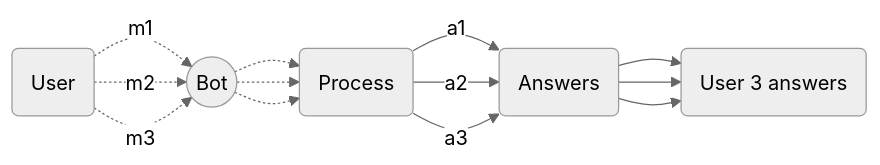
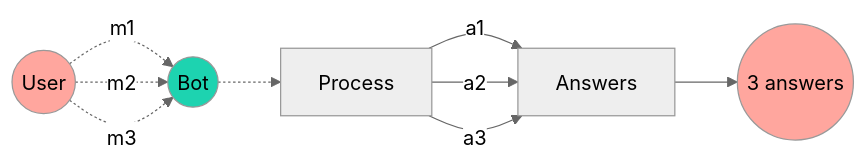
Before and after one commit to codigoencasa/documentation: the first of 2 diagrams in src/pages/es/showcases/fast-entires.mdx, drawn with Mermaid (neutral theme). The commit also changed other lines of this file and 51 other files, not shown here.

````diff
--- a/src/pages/es/showcases/fast-entires.mdx
+++ b/src/pages/es/showcases/fast-entires.mdx
@@ -13,6 +13,14 @@
 ```mermaid
 flowchart LR
-    n(User) -.m1.-> B((Bot)) -.-> p(Process) --a1--> a(Answers) --> u(User 3 answers)
-    n(User) -.m2.-> B((Bot)) -.-> p(Process) --a2--> a(Answers) --> u(User 3 answers)
-    n(User) -.m3.-> B((Bot)) -.-> p(Process) --a3--> a(Answers) --> u(User 3 answers)
+    n((User)) -. m1 .-> B((Bot))
+    n -. m2 .-> B
+    n -. m3 .-> B
+    B -.-> p[Process]
+    p -- a1 --> a[Answers]
+    p -- a2 --> a
+    p -- a3 --> a
+    a --> u((3 answers))
+    style n fill:#ffa69e
+    style u fill:#ffa69e
+    style B fill:#1dd3b0
 ```
````
